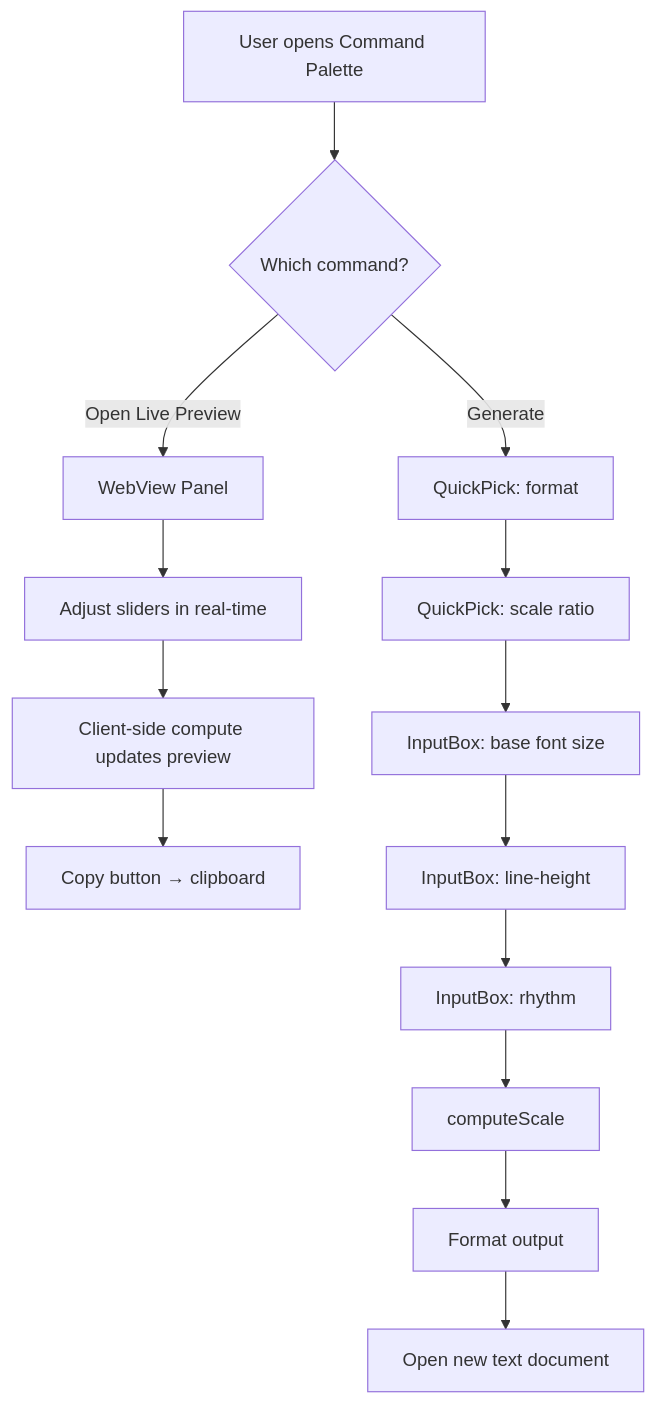
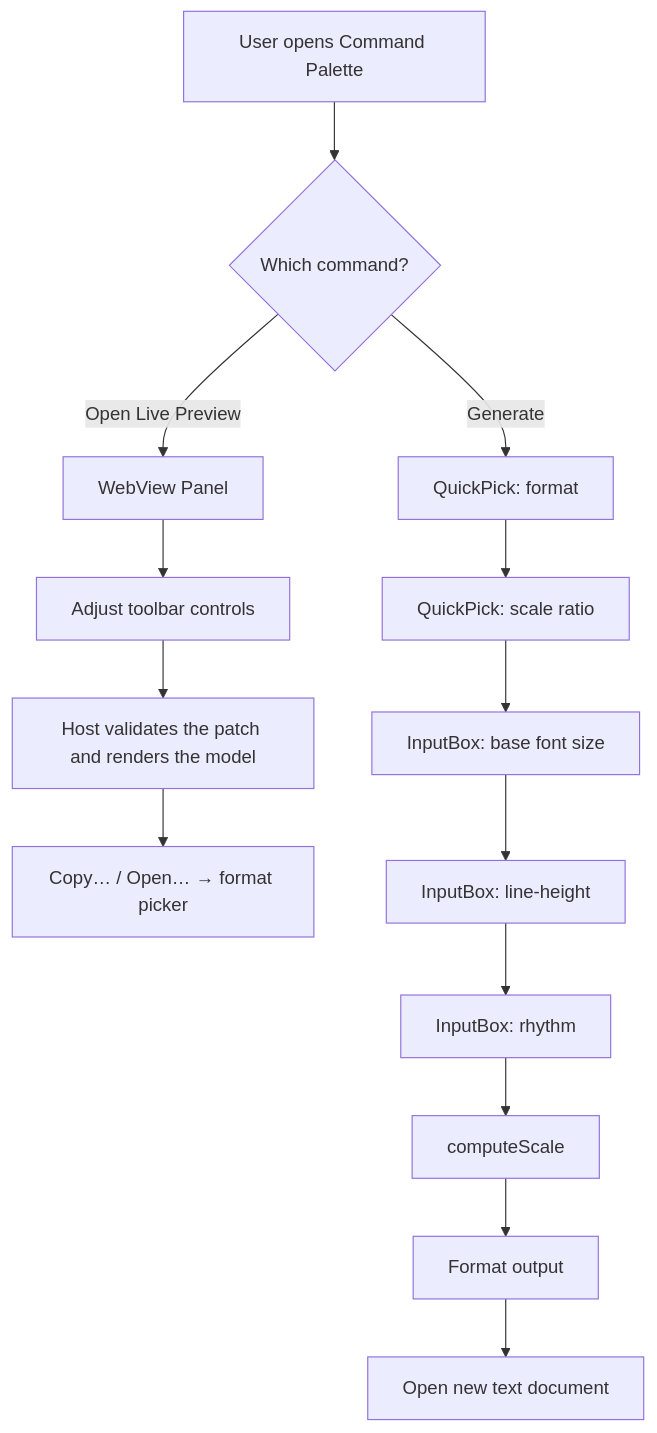
One commit to wiinci/rhythm-and-scale changed the first of 3 diagrams in README.md. Above: the diagram before and after it, drawn with Mermaid. The commit also changed other lines of this file, not shown here.

First line of the commit message:
docs(readme): describe the redesigned Live Preview

````diff
--- a/README.md
+++ b/README.md
@@ -48,18 +48,18 @@
 ```mermaid
 flowchart TD
     A[User opens Command Palette] --> B{Which command?}
     B -->|"Open Live Preview"| C[WebView Panel]
     B -->|"Generate"| D[QuickPick: format]
 
-    C --> E[Adjust sliders in real-time]
-    E --> F[Client-side compute updates preview]
-    F --> G[Copy button → clipboard]
+    C --> E[Adjust toolbar controls]
+    E --> F[Host validates the patch and renders the model]
+    F --> G[Copy… / Open… → format picker]
 
     D --> H[QuickPick: scale ratio]
     H --> I[InputBox: base font size]
     I --> J[InputBox: line-height]
     J --> K[InputBox: rhythm]
     K --> L[computeScale]
     L --> M[Format output]
     M --> N[Open new text document]
 ```
````
